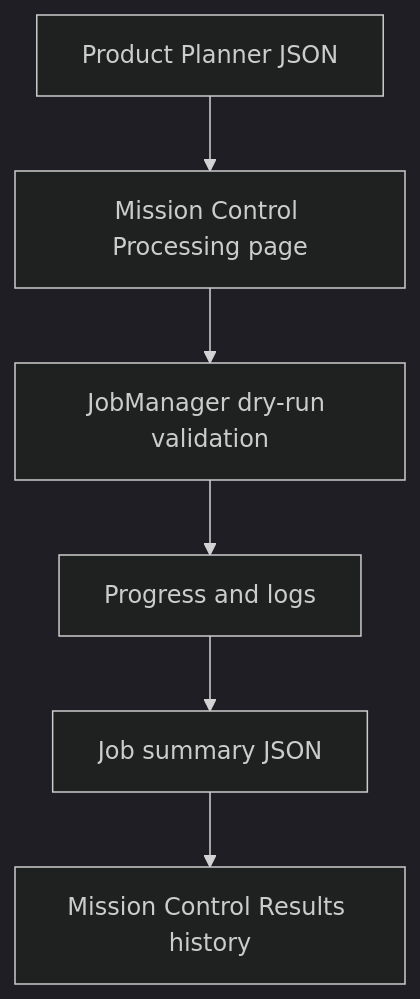
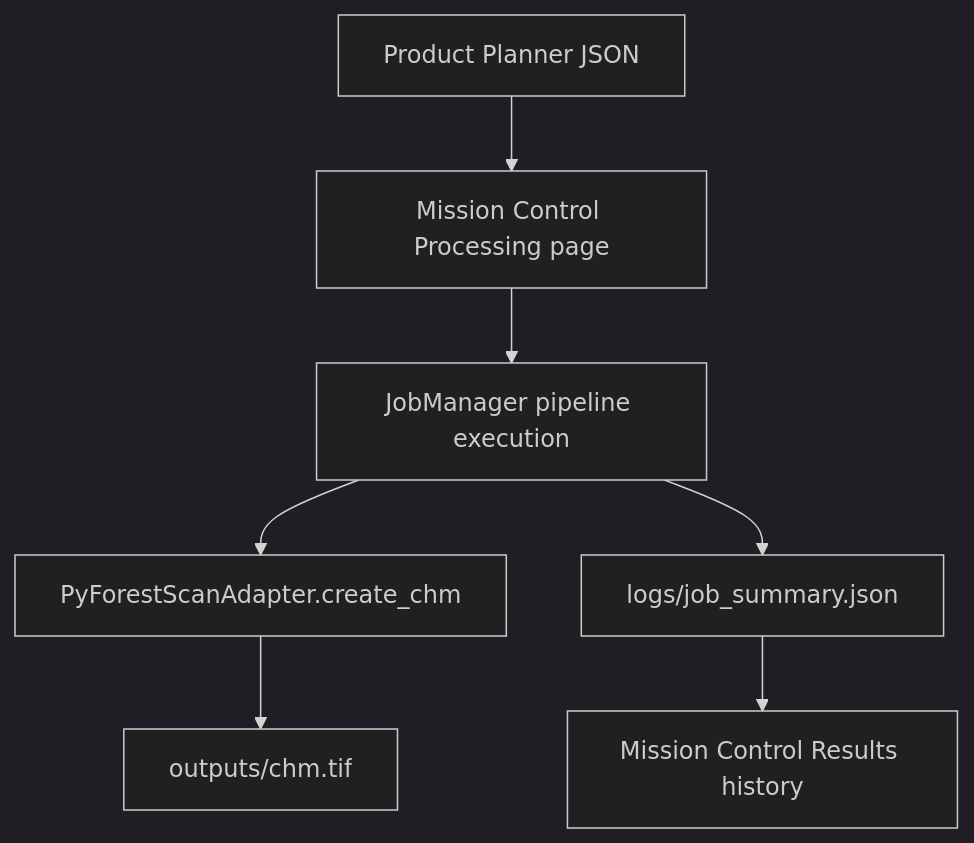
One commit to sticholas/pyforestscan-qgis changed the third of 3 diagrams in docs/USER_GUIDE.md. Above: the diagram before and after it, drawn with Mermaid (dark theme). The commit also changed other lines of this file and 23 other files, not shown here.

````diff
--- a/docs/USER_GUIDE.md
+++ b/docs/USER_GUIDE.md
@@ -192,8 +193,9 @@
 ```mermaid
 flowchart TD
     A["Product Planner JSON"] --> B["Mission Control Processing page"]
-    B --> C["JobManager dry-run validation"]
-    C --> D["Progress and logs"]
-    D --> E["Job summary JSON"]
-    E --> F["Mission Control Results history"]
+    B --> C["JobManager pipeline execution"]
+    C --> D["PyForestScanAdapter.create_chm"]
+    D --> E["outputs/chm.tif"]
+    C --> F["logs/job_summary.json"]
+    F --> G["Mission Control Results history"]
 ```
````
